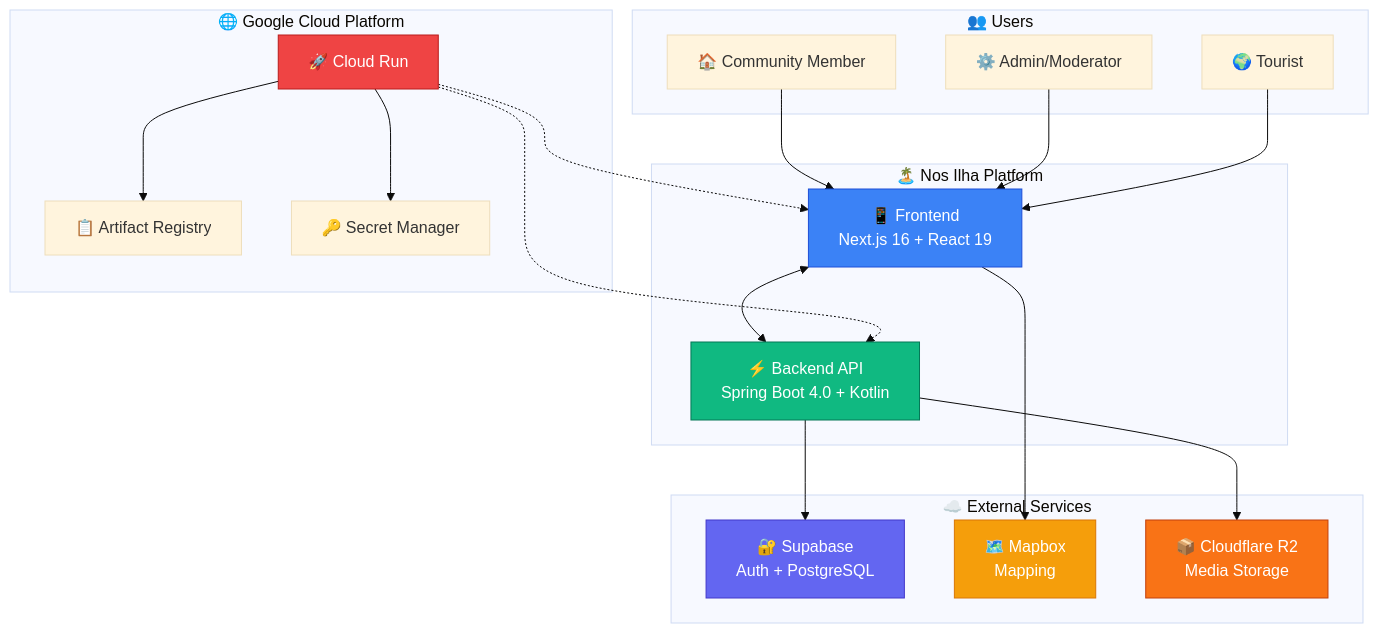
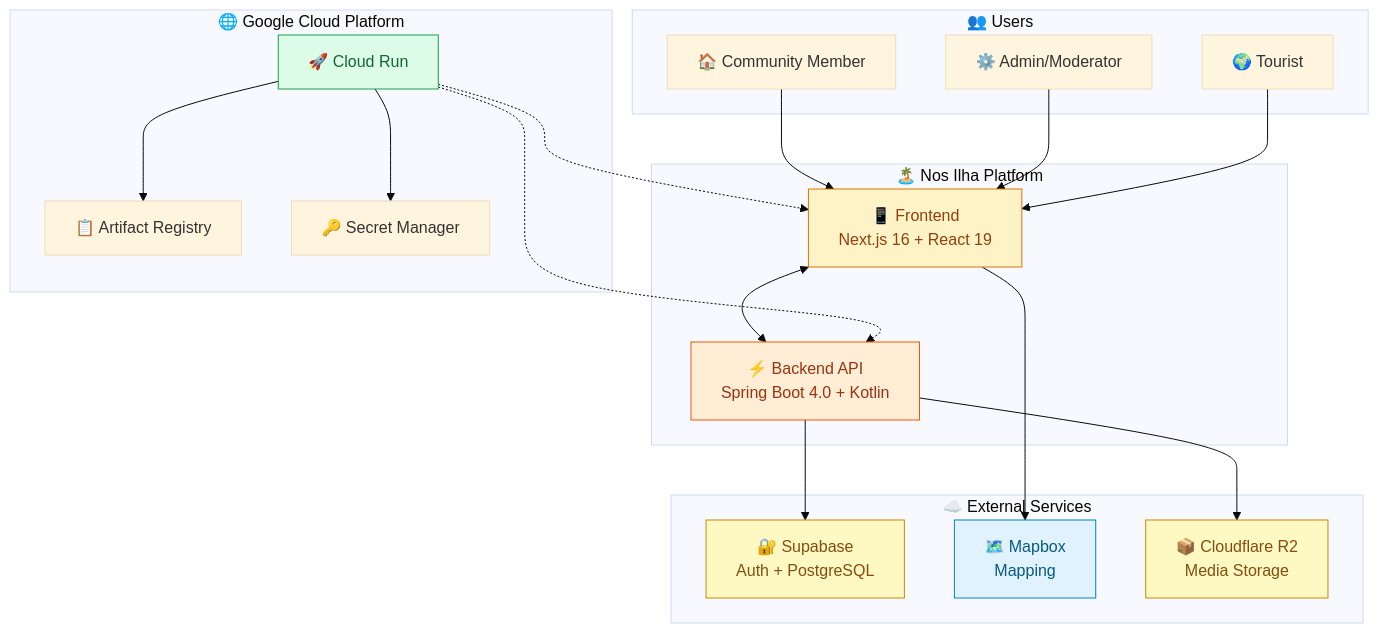
Before and after one commit to deznode/nosilha: the first of 6 diagrams in docs/architecture.md, drawn with Mermaid (base theme). The commit also changed other lines of this file and 8 other files, not shown here.

````diff
--- a/docs/architecture.md
+++ b/docs/architecture.md
@@ -60,44 +60,44 @@
 ```mermaid
 flowchart TB
     subgraph Users["👥 Users"]
         community["🏠 Community Member"]
         admin["⚙️ Admin/Moderator"]
         tourist["🌍 Tourist"]
     end
 
     subgraph NosIlha["🏝️ Nos Ilha Platform"]
         frontend["📱 Frontend\nNext.js 16 + React 19"]
         backend["⚡ Backend API\nSpring Boot 4.0 + Kotlin"]
     end
 
     subgraph External["☁️ External Services"]
         supabase["🔐 Supabase\nAuth + PostgreSQL"]
         mapbox["🗺️ Mapbox\nMapping"]
         r2["📦 Cloudflare R2\nMedia Storage"]
     end
 
     subgraph GCP["🌐 Google Cloud Platform"]
         cloudrun["🚀 Cloud Run"]
         artifacts["📋 Artifact Registry"]
         secrets["🔑 Secret Manager"]
     end
 
     community --> frontend
     admin --> frontend
     tourist --> frontend
     frontend <--> backend
     frontend --> mapbox
     backend --> supabase
     backend --> r2
     cloudrun -.-> frontend
     cloudrun -.-> backend
     cloudrun --> artifacts
     cloudrun --> secrets
 
-    style frontend fill:#3b82f6,stroke:#1d4ed8,color:#fff
-    style backend fill:#10b981,stroke:#047857,color:#fff
-    style supabase fill:#6366f1,stroke:#4338ca,color:#fff
-    style mapbox fill:#f59e0b,stroke:#d97706,color:#fff
-    style r2 fill:#f97316,stroke:#c2410c,color:#fff
-    style cloudrun fill:#ef4444,stroke:#b91c1c,color:#fff
+    style frontend fill:#fef3c7,stroke:#d97706,color:#92400e
+    style backend fill:#ffedd5,stroke:#ea580c,color:#9a3412
+    style supabase fill:#fef9c3,stroke:#ca8a04,color:#854d0e
+    style mapbox fill:#e0f2fe,stroke:#0284c7,color:#075985
+    style r2 fill:#fef9c3,stroke:#ca8a04,color:#854d0e
+    style cloudrun fill:#dcfce7,stroke:#16a34a,color:#166534
 ```
````
